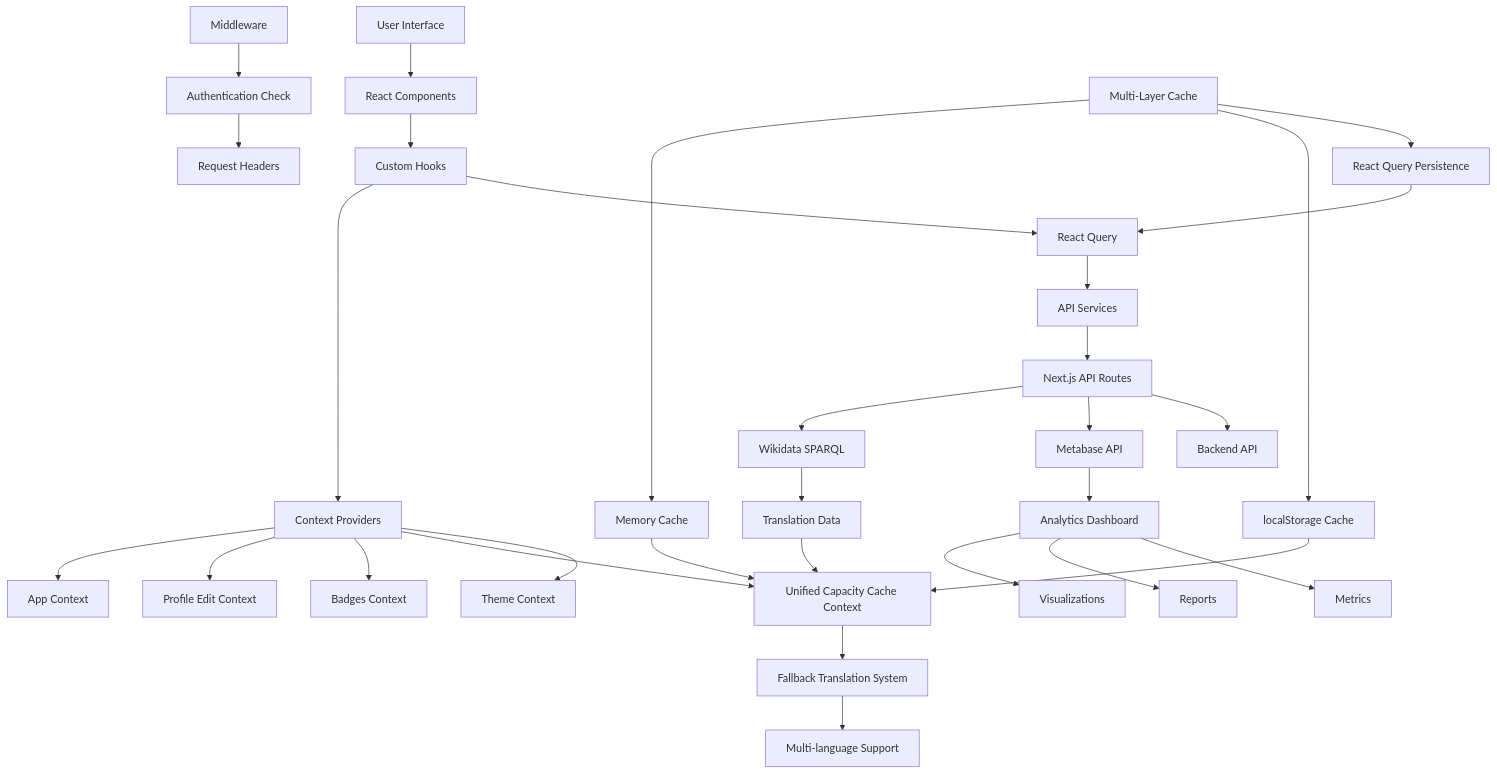
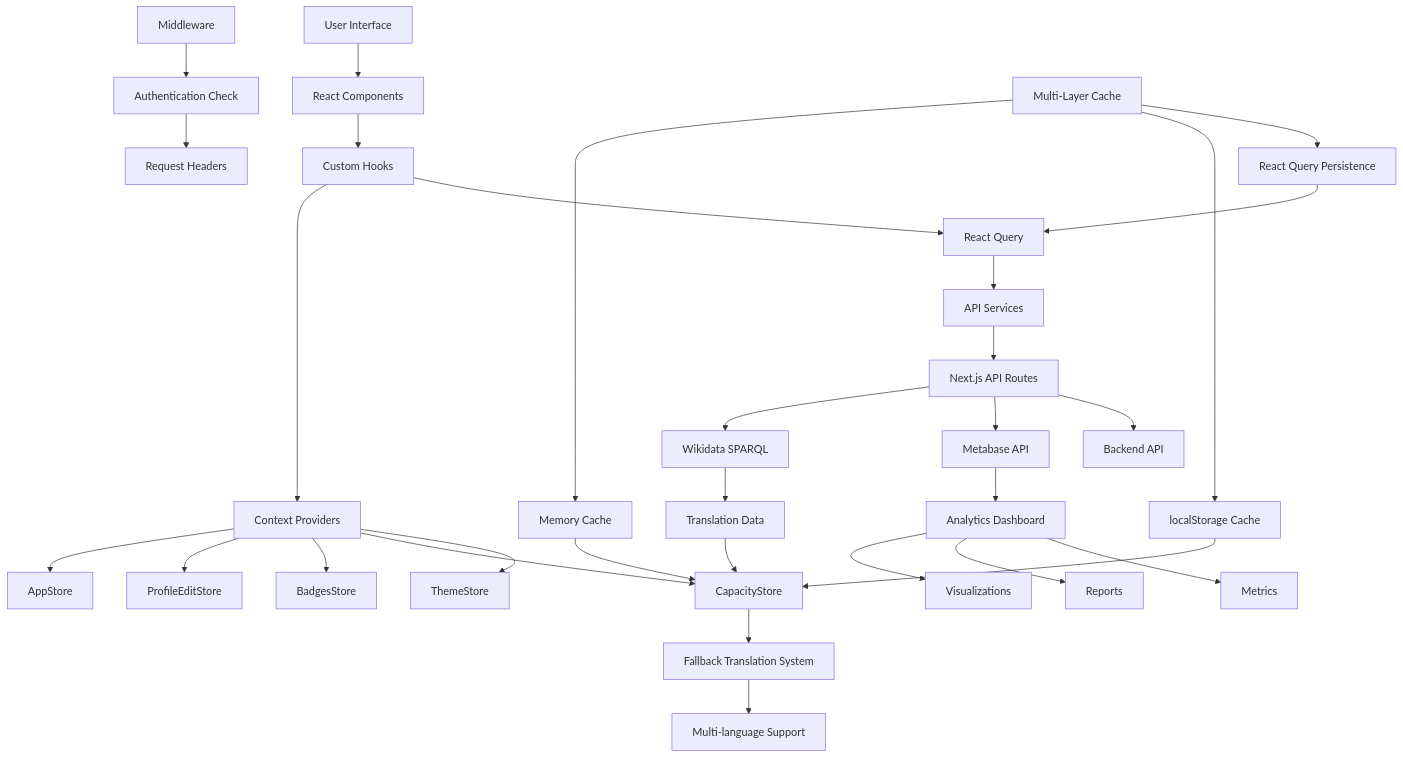
The second of 6 diagrams in README.md (wikimediabrasil/capx-frontend), drawn with Mermaid before and after one commit. The commit also changed other lines of this file, not shown here.

````diff
--- a/README.md
+++ b/README.md
@@ -344,39 +346,39 @@
 ```mermaid
 graph TD
     A[User Interface] --> B[React Components]
     B --> C[Custom Hooks]
     C --> D[React Query]
     C --> E[Context Providers]
 
     D --> F[API Services]
     F --> G[Next.js API Routes]
     G --> H[Backend API]
     G --> I[Metabase API]
     G --> W[Wikidata SPARQL]
 
-    E --> J[Theme Context]
-    E --> K[Unified Capacity Cache Context]
-    E --> L[Badges Context]
-    E --> M[Profile Edit Context]
-    E --> N[App Context]
+    E --> J[ThemeStore]
+    E --> K[CapacityStore]
+    E --> L[BadgesStore]
+    E --> M[ProfileEditStore]
+    E --> N[AppStore]
 
     O[Middleware] --> P[Authentication Check]
     P --> Q[Request Headers]
 
     R[Multi-Layer Cache] --> S[React Query Persistence]
     R --> T[localStorage Cache]
     R --> U[Memory Cache]
     S --> D
     T --> K
     U --> K
 
     I --> V[Analytics Dashboard]
     V --> X[Metrics]
     V --> Y[Reports]
     V --> Z[Visualizations]
 
     W --> AA[Translation Data]
     AA --> K
     K --> BB[Fallback Translation System]
     BB --> CC[Multi-language Support]
 ```
````
